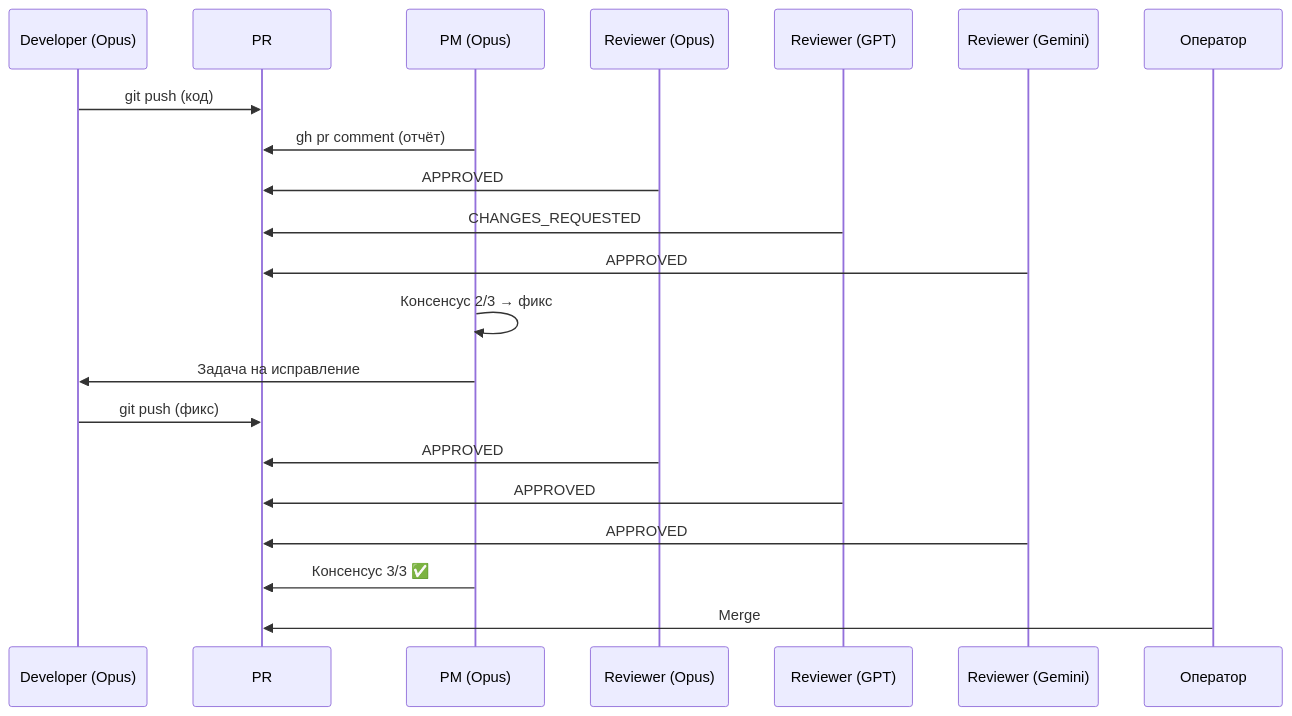
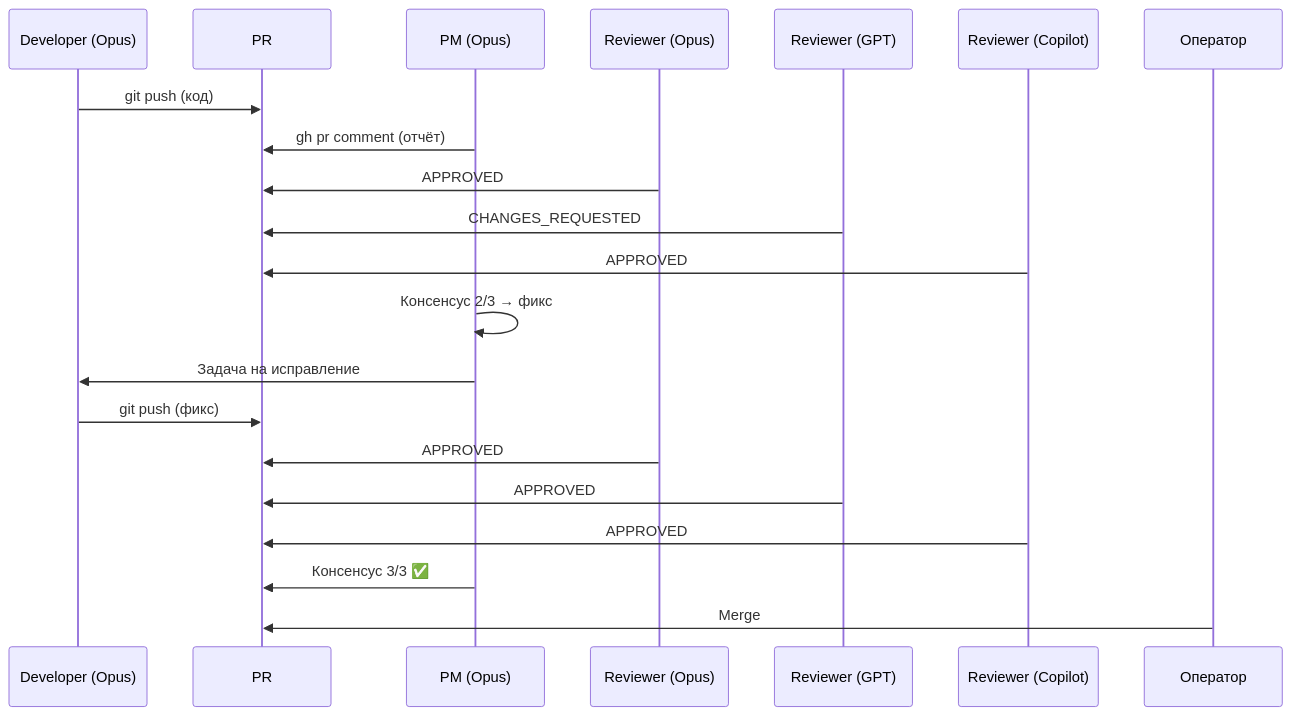
One commit to komleff/bonk-race changed the second of 3 diagrams in docs/presentations/Agentic-Engineering-Slides-Spec.md. Above: the diagram before and after it, drawn with Mermaid. The commit also changed other lines of this file and 11 other files, not shown here.

````diff
--- a/docs/presentations/Agentic-Engineering-Slides-Spec.md
+++ b/docs/presentations/Agentic-Engineering-Slides-Spec.md
@@ -709,24 +692,24 @@
 ```mermaid
 sequenceDiagram
     participant D as Developer (Opus)
     participant PR as PR #42
     participant PM as PM (Opus)
     participant R1 as Reviewer (Opus)
     participant R2 as Reviewer (GPT)
-    participant R3 as Reviewer (Gemini)
+    participant R3 as Reviewer (Copilot)
     participant H as Оператор
 
     D->>PR: git push (код)
     PM->>PR: gh pr comment (отчёт)
     R1->>PR: APPROVED
     R2->>PR: CHANGES_REQUESTED
     R3->>PR: APPROVED
     PM->>PM: Консенсус 2/3 → фикс
     PM->>D: Задача на исправление
     D->>PR: git push (фикс)
     R1->>PR: APPROVED
     R2->>PR: APPROVED
     R3->>PR: APPROVED
     PM->>PR: Консенсус 3/3 ✅
     H->>PR: Merge
 ```
````
